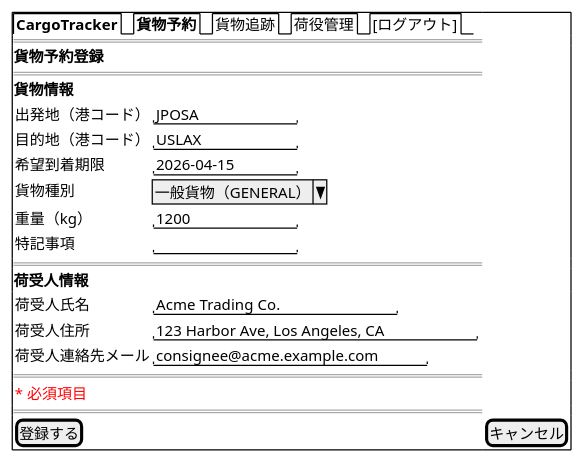
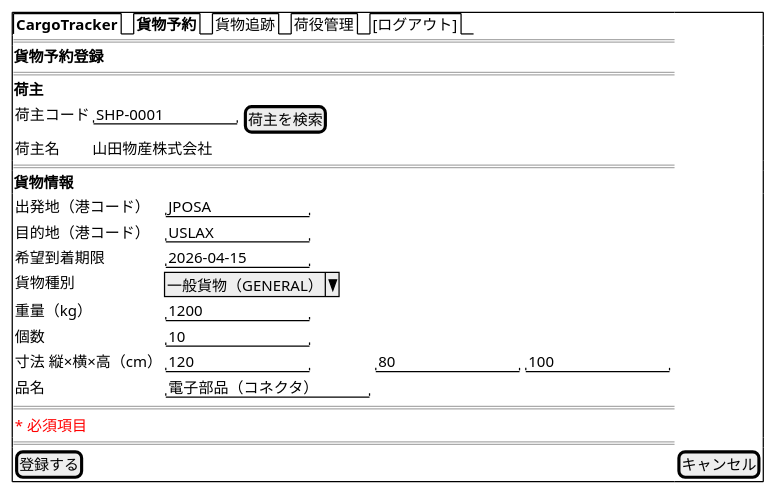
The tenth of 27 diagrams in docs/design/ui_design.md (k2works/case-study-cargo-tracker), drawn with PlantUML before and after one commit. The commit also changed other lines of this file and 2 other files, not shown here.

````diff
--- a/docs/design/ui_design.md
+++ b/docs/design/ui_design.md
@@ -738,32 +791,33 @@
 ```plantuml
 @startsalt
 {+
   {/ <b>CargoTracker</b> | <b>貨物予約</b> | 貨物追跡 | 荷役管理 | [ログアウト] }
   ==
   <b>貨物予約登録</b>
+  ==
+  <b>荷主</b>
+  {
+    荷主コード          | "SHP-0001      " | [荷主を検索]
+    荷主名              | 山田物産株式会社
+  }
   ==
   <b>貨物情報</b>
   {
     出発地（港コード）  | "JPOSA         "
     目的地（港コード）  | "USLAX         "
     希望到着期限        | "2026-04-15    "
     貨物種別            | ^一般貨物（GENERAL）^
     重量（kg）          | "1200          "
-    特記事項            | "              "
-  }
-  ==
-  <b>荷受人情報</b>
-  {
-    荷受人氏名          | "Acme Trading Co.        "
-    荷受人住所          | "123 Harbor Ave, Los Angeles, CA "
-    荷受人連絡先メール  | "consignee@acme.example.com "
+    個数                | "10            "
+    寸法 縦×横×高（cm） | "120           " | "80            " | "100           "
+    品名                | "電子部品（コネクタ）          "
   }
   ==
   {
     <color:red>* 必須項目</color>
   }
   ==
   [登録する] | [キャンセル]
 }
 @endsalt
 ```
````
